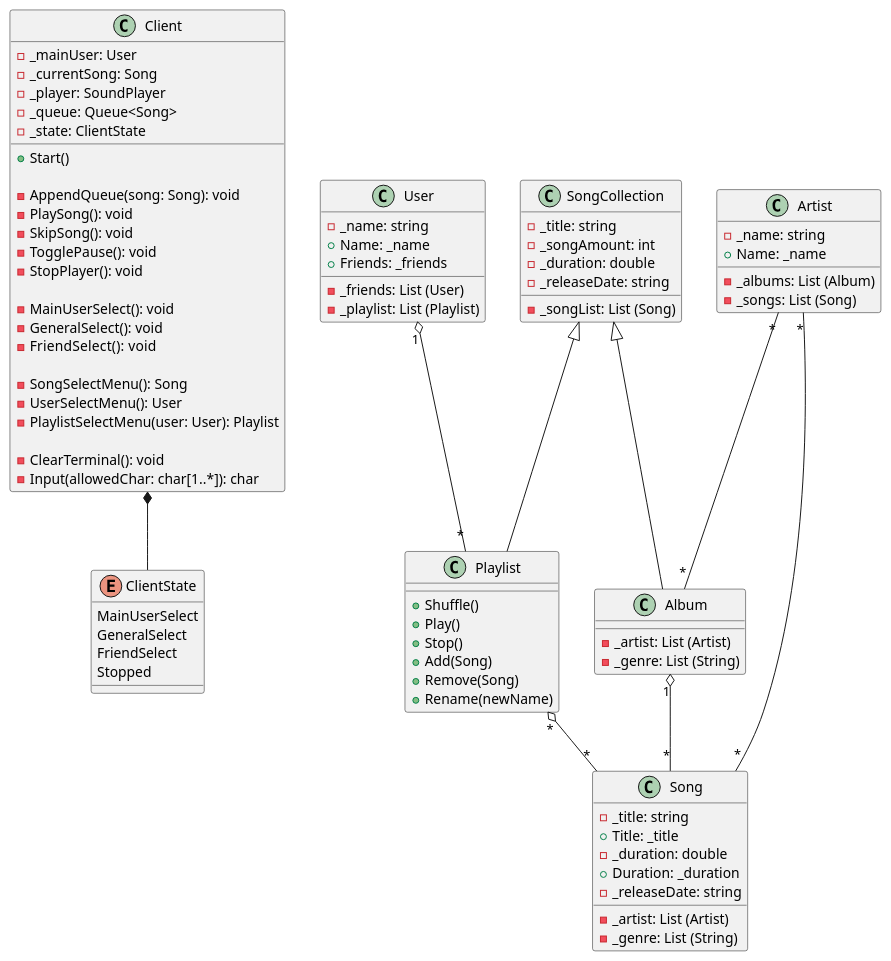
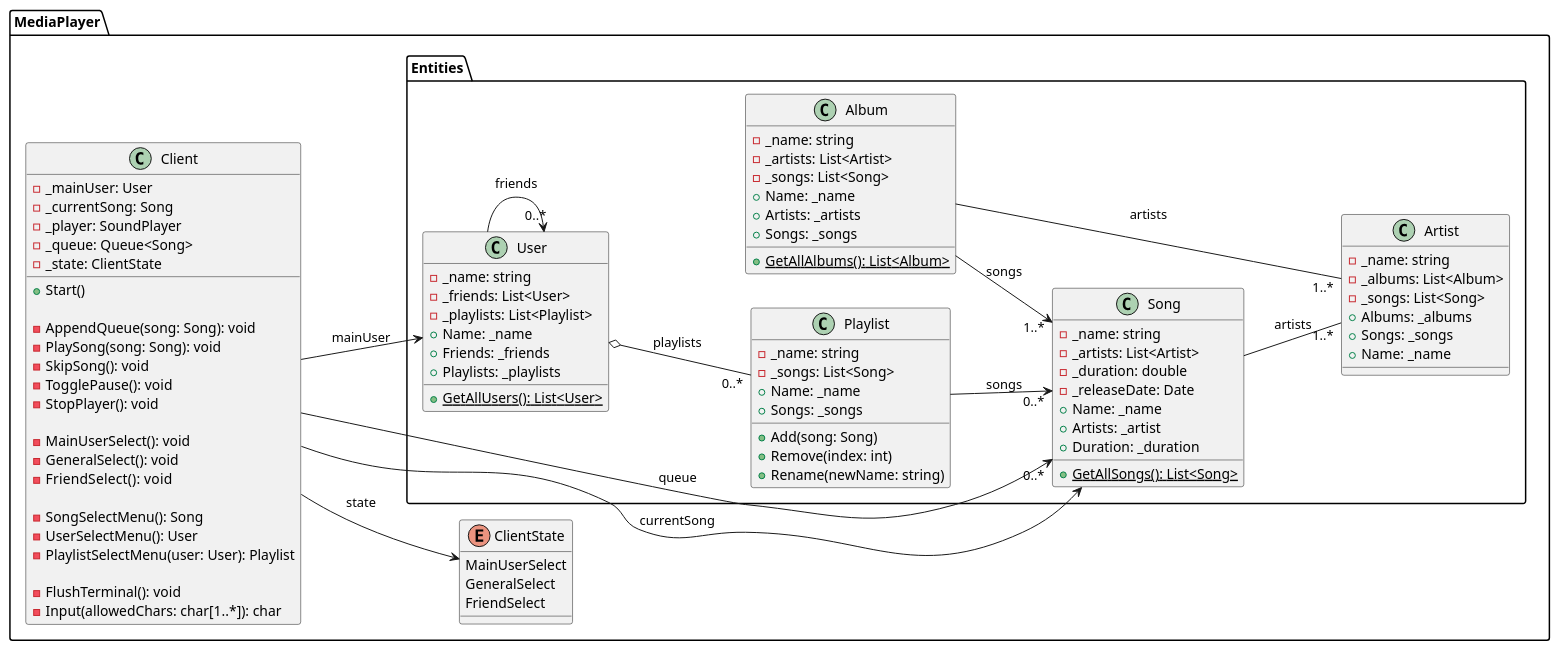
The diagram in class-diagram.puml (A-A-Tel/media-player), drawn with PlantUML before and after one commit.

Commit message:
updated diagram

```diff
--- a/class-diagram.puml
+++ b/class-diagram.puml
@@ -1,95 +1,116 @@
 @startuml
+left to right direction
 
-enum ClientState {
-    MainUserSelect
-    GeneralSelect
-    FriendSelect
-    Stopped
+namespace MediaPlayer {
+
+    enum ClientState {
+        MainUserSelect
+        GeneralSelect
+        FriendSelect
+    }
+    
+    class Client {
+        - _mainUser: User
+        - _currentSong: Song
+        - _player: SoundPlayer
+        - _queue: Queue<Song>
+        - _state: ClientState
+        
+        + Start()
+        
+        ' commands
+        - AppendQueue(song: Song): void
+        - PlaySong(song: Song): void
+        - SkipSong(): void
+        - TogglePause(): void
+        - StopPlayer(): void
+        
+        ' state
+        - MainUserSelect(): void
+        - GeneralSelect(): void
+        - FriendSelect():  void
+        
+        ' menus
+        - SongSelectMenu(): Song
+        - UserSelectMenu(): User
+        - PlaylistSelectMenu(user: User): Playlist
+        
+        ' helpers
+        - FlushTerminal(): void
+        - Input(allowedChars: char[1..*]): char
+    }
+    
+    namespace Entities {
+    
+        class Song {
+            - _name: string
+            - _artists: List<Artist>
+            - _duration: double
+            - _releaseDate: Date
+            + Name: _name
+            + Artists: _artist
+            + Duration: _duration
+            
+            + GetAllSongs(): List<Song> {static}
+        }
+            
+        class User {
+            - _name: string
+            - _friends: List<User>
+            - _playlists: List<Playlist>
+            + Name: _name
+            + Friends: _friends
+            + Playlists: _playlists
+            
+            + GetAllUsers(): List<User> {static}
+        }
+        
+        class Playlist {
+            - _name: string
+            - _songs: List<Song>
+            + Name: _name
+            + Songs: _songs
+            
+            + Add(song: Song)
+            + Remove(index: int)
+            + Rename(newName: string)
+        }
+        
+        class Album {
+            - _name: string
+            - _artists: List<Artist>
+            - _songs: List<Song>
+            + Name: _name
+            + Artists: _artists
+            + Songs: _songs
+            
+            + GetAllAlbums(): List<Album> {static}
+        }
+        
+        class Artist {
+            - _name: string
+            - _albums: List<Album>
+            - _songs: List<Song>
+            + Albums: _albums
+            + Songs: _songs
+            + Name: _name
+        }
+    }
 }
 
-class Client {
-    - _mainUser: User
-    - _currentSong: Song
-    - _player: SoundPlayer
-    - _queue: Queue<Song>
-    - _state: ClientState
-    
-    + Start()
-    
-    ' commands
-    - AppendQueue(song: Song): void
-    - PlaySong(): void
-    - SkipSong(): void
-    - TogglePause(): void
-    - StopPlayer(): void
-    
-    ' state
-    - MainUserSelect(): void
-    - GeneralSelect(): void
-    - FriendSelect():  void
-    
-    ' menus
-    - SongSelectMenu(): Song
-    - UserSelectMenu(): User
-    - PlaylistSelectMenu(user: User): Playlist
-    
-    ' helpers
-    - ClearTerminal(): void
-    - Input(allowedChar: char[1..*]): char
-}
+Client --> User : mainUser
+Client --> Song : currentSong
+Client --> "0..*" Song : queue
+Client --> ClientState : state
 
-class Song {
-    - _title: string
-    + Title: _title
-    - _artist: List (Artist)
-    - _duration: double
-    + Duration: _duration
-    - _genre: List (String)
-    - _releaseDate: string
-}
+User o-- "0..*" Playlist : playlists
+User --> "0..*" User : friends
 
-class User {
-    - _name: string
-    + Name: _name
-    - _friends: List (User)
-    + Friends: _friends
-    - _playlist: List (Playlist)
-}
+Album --> "1..*" Song : songs
+Album -- "1..*" Artist : artists
 
-class Playlist {
-    + Shuffle()
-    + Play()
-    + Stop()
-    + Add(Song)
-    + Remove(Song)
-    + Rename(newName)
-}
+Playlist --> "0..*" Song : songs
 
-class SongCollection {
-    - _title: string
-    - _songAmount: int
-    - _songList: List (Song)
-    - _duration: double
-    - _releaseDate: string
-}
+Song -- "1..*" Artist : artists
 
-class Album {
-    - _artist: List (Artist)
-    - _genre: List (String)
-}
-
-class Artist {
-    - _name: string
-    + Name: _name
-    - _albums: List (Album)
-    - _songs: List (Song)
-}
-Artist "*" -- "*" Album
-Artist "*" -- "*" Song
-SongCollection <|-- Album
-SongCollection <|-- Playlist
-Album "1" o-- "*" Song
-Playlist "*" o-- "*" Song
-User "1" o-- "*" Playlist
-Client *-- ClientState
 @enduml
```
